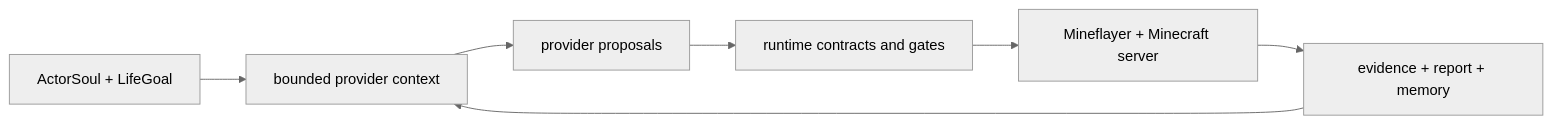
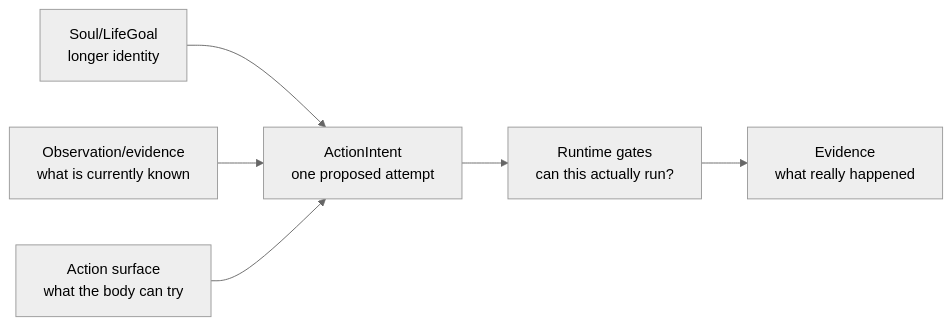
One commit to gigio1023/minecraft-llm-agent-community changed the third of 11 diagrams in CURRENT_IMPLEMENTATION_ARCHITECTURE_REVIEW.md. Above: the diagram before and after it, drawn with Mermaid (neutral theme). The commit also changed other lines of this file and 83 other files, not shown here.

Commit message:
runtime: align observation context architecture

````diff
--- a/CURRENT_IMPLEMENTATION_ARCHITECTURE_REVIEW.md
+++ b/CURRENT_IMPLEMENTATION_ARCHITECTURE_REVIEW.md
@@ -143,16 +119,15 @@
 ```mermaid
 flowchart LR
-  Soul["ActorSoul + LifeGoal"]
-  Context["bounded provider context"]
-  Provider["provider proposals"]
-  Runtime["runtime contracts and gates"]
-  Minecraft["Mineflayer + Minecraft server"]
-  Evidence["evidence + report + memory"]
+  Soul["Soul/LifeGoal<br/>longer identity"]
+  Observation["Observation/evidence<br/>what is currently known"]
+  Surface["Action surface<br/>what the body can try"]
+  Intent["ActionIntent<br/>one proposed attempt"]
+  Gate["Runtime gates<br/>can this actually run?"]
+  Evidence["Evidence<br/>what really happened"]
 
-  Soul --> Context
-  Evidence --> Context
-  Context --> Provider
-  Provider --> Runtime
-  Runtime --> Minecraft
-  Minecraft --> Evidence
+  Soul --> Intent
+  Observation --> Intent
+  Surface --> Intent
+  Intent --> Gate
+  Gate --> Evidence
 ```
````
